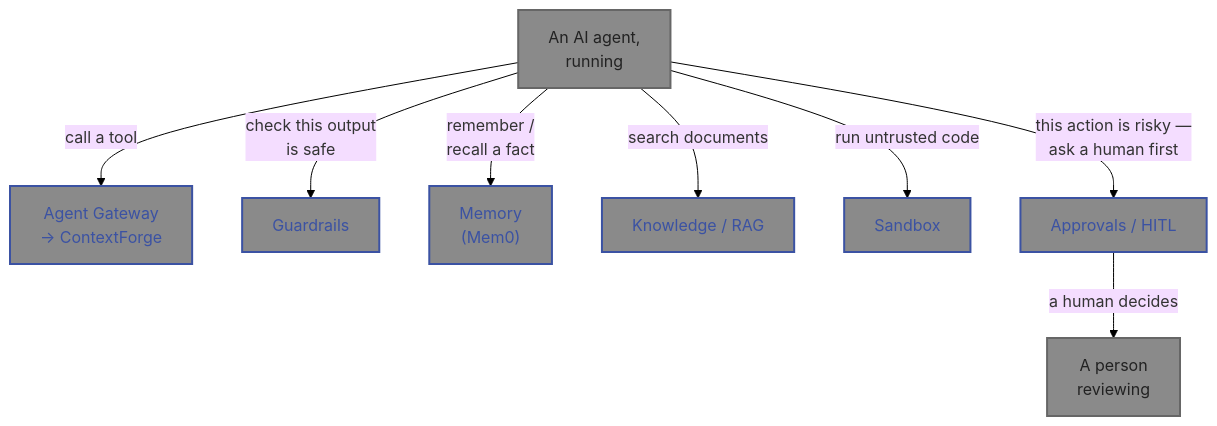
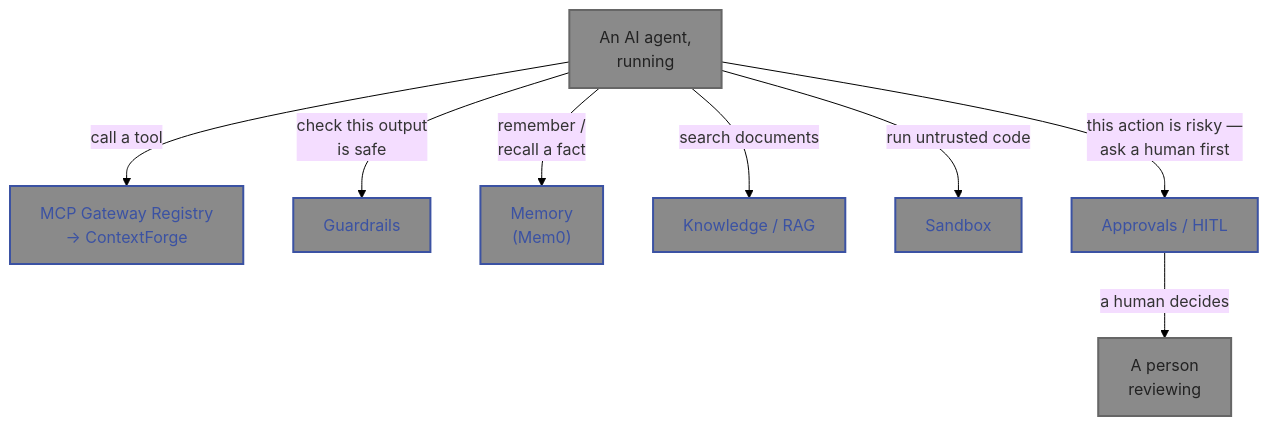
The diagram in docs/runbooks/layer-3-runtime-policy.md (WilsonWordsofWisdom/NotGovHarness), drawn with Mermaid before and after one commit. The commit also changed other lines of this file and 4 other files, not shown here.

````diff
--- a/docs/runbooks/layer-3-runtime-policy.md
+++ b/docs/runbooks/layer-3-runtime-policy.md
@@ -14,16 +14,16 @@
 ```mermaid
 %%{init: {'theme':'base', 'themeVariables': {'darkMode': false, 'background':'#ffffff'}}}%%
 flowchart TB
-    Agent["An AI agent,\nrunning"] -->|"call a tool"| MG["Agent Gateway\n→ ContextForge"]
+    Agent["An AI agent,\nrunning"] -->|"call a tool"| MG["MCP Gateway Registry\n→ ContextForge"]
     Agent -->|"check this output\nis safe"| GR["Guardrails"]
     Agent -->|"remember /\nrecall a fact"| MEM["Memory\n(Mem0)"]
     Agent -->|"search documents"| RAG["Knowledge / RAG"]
     Agent -->|"run untrusted code"| SBX["Sandbox"]
     Agent -->|"this action is risky —\nask a human first"| HITL["Approvals / HITL"]
     HITL -->|"a human decides"| Human["A person\nreviewing"]
 
     classDef layer3 fill:#8A8A8A,stroke:#3b52a3,color:#3b52a3,stroke-width:2px;
     classDef neutral fill:#8A8A8A,stroke:#666666,color:#222222,stroke-width:2px;
     class MG,GR,MEM,RAG,SBX,HITL layer3;
     class Agent,Human neutral;
 ```
````
